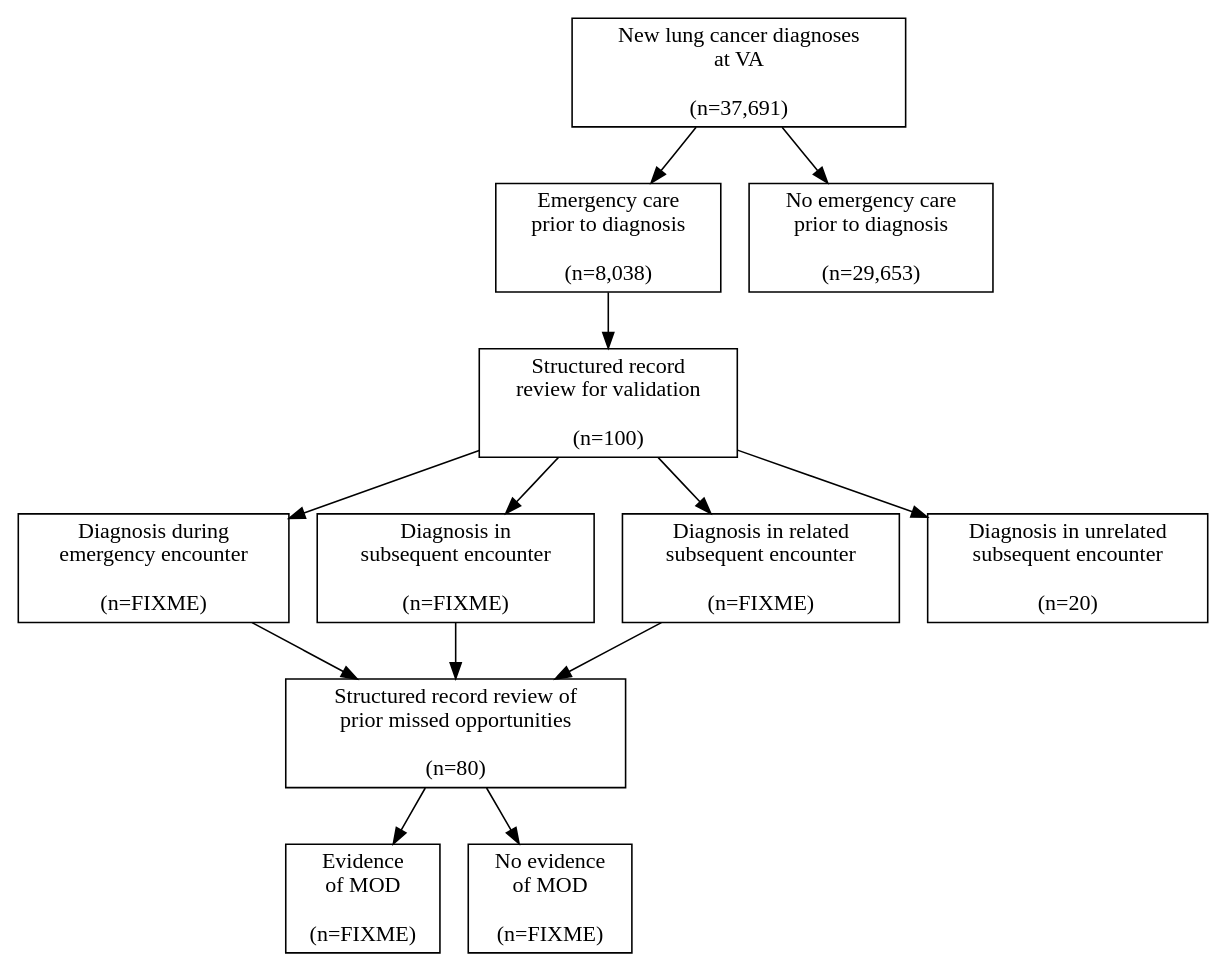
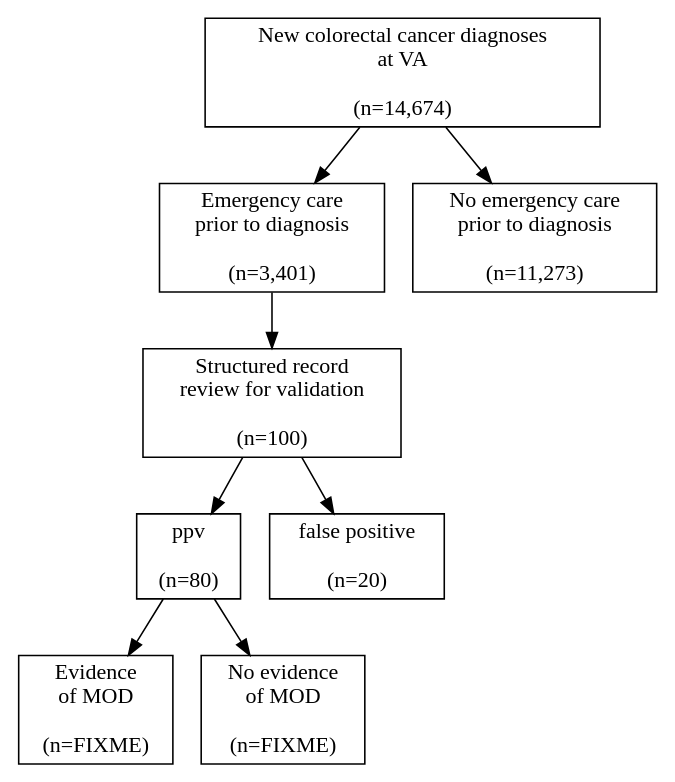
One commit to zimolzak/MooreMeasures changed the diagram in consort.dot. Above: the diagram before and after it, drawn with Graphviz.

Commit message:
simplify yet again, getting tired of these numbers.

```diff
--- a/consort.dot
+++ b/consort.dot
@@ -1,48 +1,36 @@
 digraph{
 
 # Nodes
 
-cancer_dx[shape=rectangle, label="New lung cancer diagnoses\nat VA\n\n(n=37,691)"]
+cancer_dx[shape=rectangle, label="New colorectal cancer diagnoses\nat VA\n\n(n=14,674)"]
 
-emerg[shape=rectangle, label="Emergency care\nprior to diagnosis\n\n(n=8,038)"]
+emerg[shape=rectangle, label="Emergency care\nprior to diagnosis\n\n(n=3,401)"]
 
-no_emerg[shape=rectangle, label="No emergency care\nprior to diagnosis\n\n(n=29,653)"]
+no_emerg[shape=rectangle, label="No emergency care\nprior to diagnosis\n\n(n=11,273)"]
 
 review_sample[shape=rectangle, label="Structured record\nreview for validation\n\n(n=100)"]
 
-dx_during_type1[shape=rectangle, label="Diagnosis during\nemergency encounter\n\n(n=FIXME)"]
+ppv[shape=rectangle, label="ppv\n\n(n=80)"]
 
-dx_later_type2[shape=rectangle, label="Diagnosis in\nsubsequent encounter\n\n(n=FIXME)"]
-
-dx_related_type3_incidental[shape=rectangle, label="Diagnosis in related\nsubsequent encounter\n\n(n=FIXME)"]
-
-dx_unrelated_nonEP_FP[shape=rectangle, label="Diagnosis in unrelated\nsubsequent encounter\n\n(n=20)"]
-
-MOD_review[shape=rectangle, label="Structured record review of\nprior missed opportunities\n\n(n=80)"]
+fp[shape=rectangle, label="false positive\n\n(n=20)"]
 
 yes_MOD[shape=rectangle, label="Evidence\nof MOD\n\n(n=FIXME)"]
 
 no_MOD[shape=rectangle, label="No evidence\nof MOD\n\n(n=FIXME)"]
 
 
 
 
 # Edges
 
 cancer_dx -> emerg
 cancer_dx -> no_emerg
+emerg -> review_sample
 
-emerg -> review_sample
-review_sample -> dx_during_type1
-review_sample -> dx_later_type2
-review_sample -> dx_related_type3_incidental
-review_sample -> dx_unrelated_nonEP_FP
+review_sample -> ppv
+review_sample -> fp
 
-dx_during_type1 -> MOD_review
-dx_later_type2 -> MOD_review
-dx_related_type3_incidental -> MOD_review
-
-MOD_review -> yes_MOD
-MOD_review -> no_MOD
+ppv -> yes_MOD
+ppv -> no_MOD
 
 }
```
